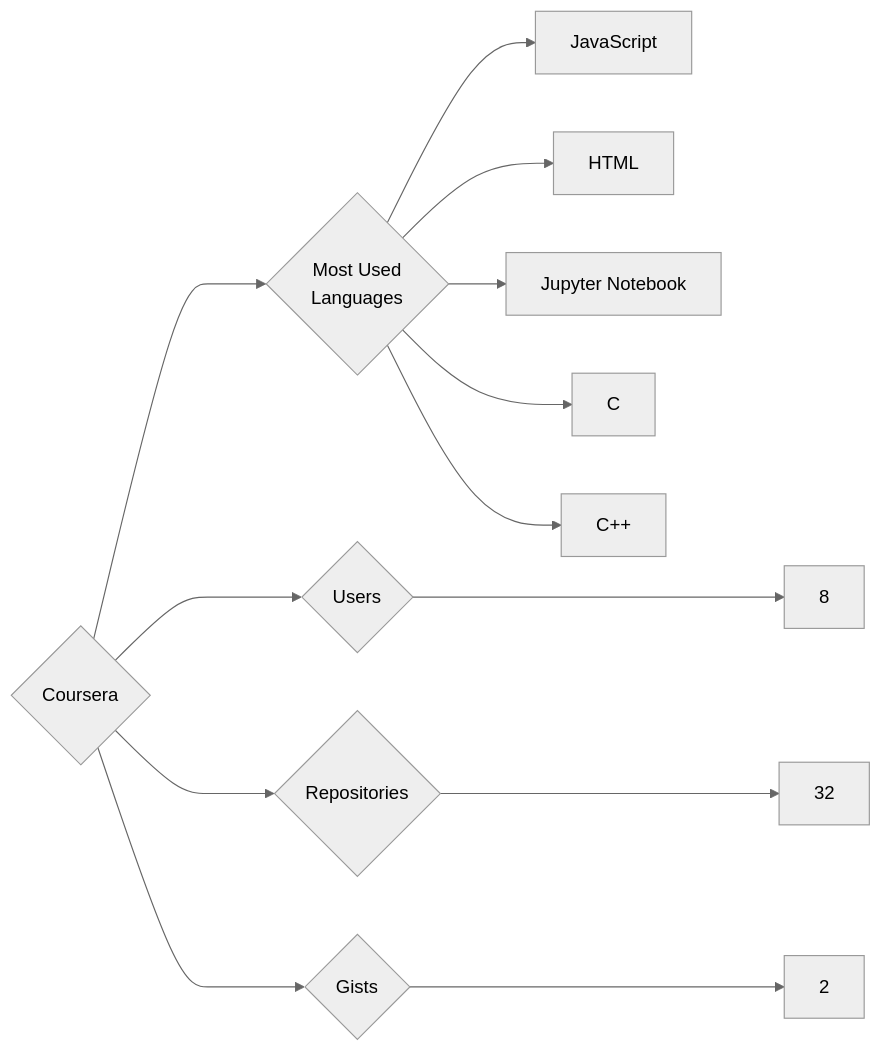
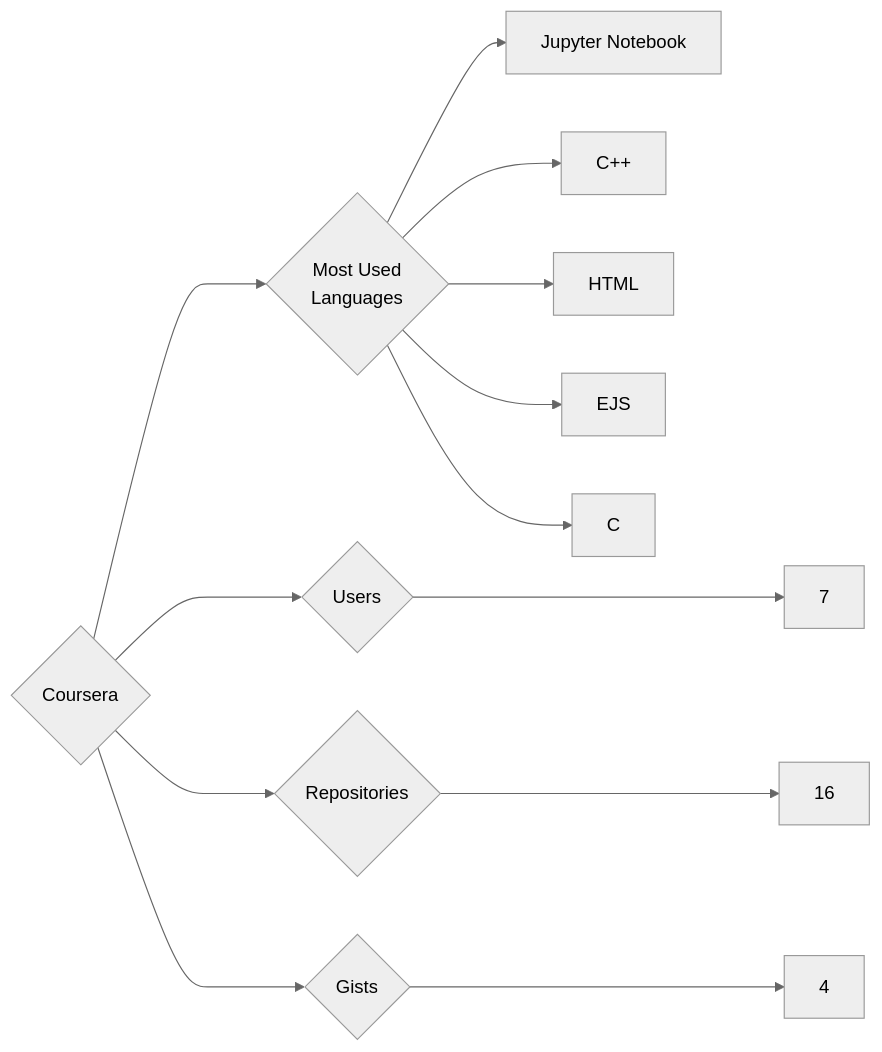
One commit to trickest/insiders changed the diagram in targets/Coursera/README.md. Above: the diagram before and after it, drawn with Mermaid (neutral theme). The commit also changed 1088 other files, not shown here.

````diff
--- a/targets/Coursera/README.md
+++ b/targets/Coursera/README.md
@@ -3,13 +3,13 @@
 ```mermaid
 graph LR
 COMPANY_NAME{Coursera}
-COMPANY_NAME ---> U{Users} ---> UN[8]
-COMPANY_NAME ---> R{Repositories} ---> RN[32]
-COMPANY_NAME ---> G{Gists} ---> GN[2]
+COMPANY_NAME ---> U{Users} ---> UN[7]
+COMPANY_NAME ---> R{Repositories} ---> RN[16]
+COMPANY_NAME ---> G{Gists} ---> GN[4]
 COMPANY_NAME ---> ML{Most Used<br>Languages}
-ML --> JavaScript[JavaScript]
+ML --> Jupyter_Notebook[Jupyter Notebook]
+ML --> C++[C++]
 ML --> HTML[HTML]
-ML --> Jupyter_Notebook[Jupyter Notebook]
+ML --> EJS[EJS]
 ML --> C[C]
-ML --> C++[C++]
 ```
````
